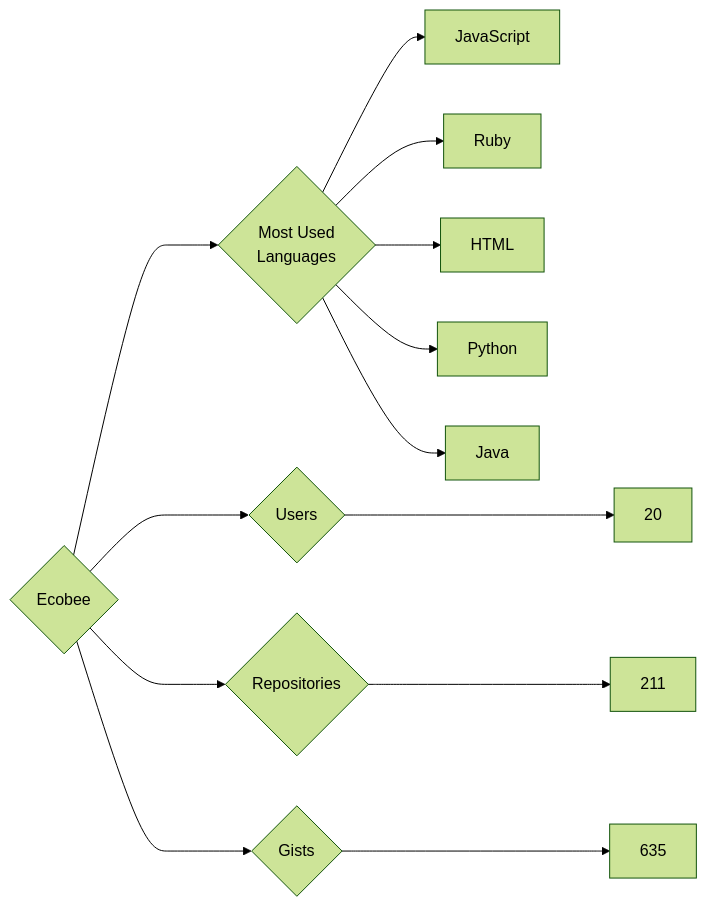
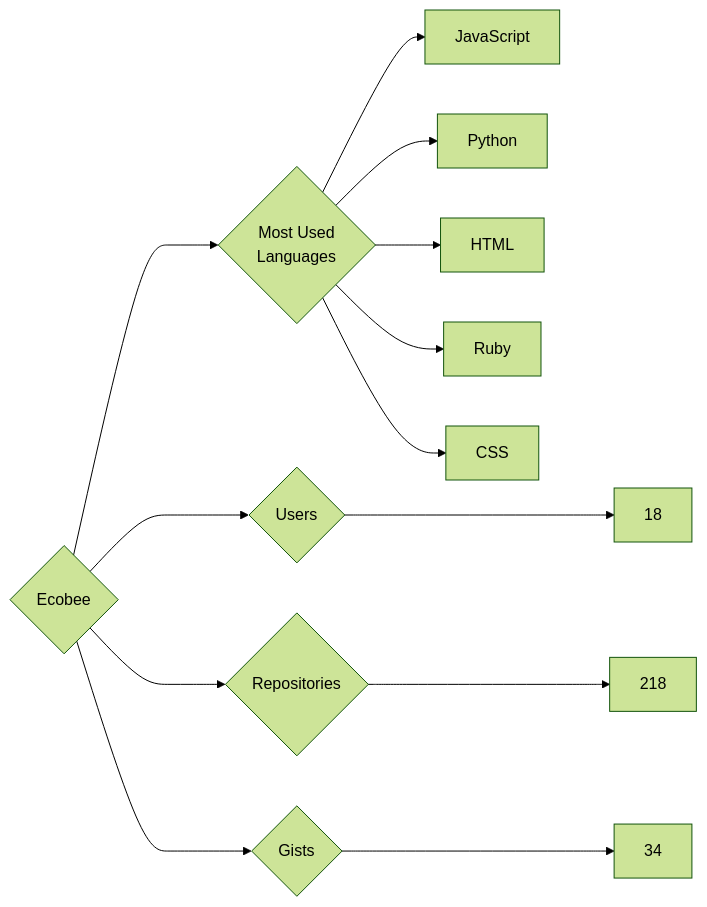
The diagram in targets/Ecobee/README.md (trickest/insiders), drawn with Mermaid (forest theme) before and after one commit. The commit also changed 924 other files, not shown here.

````diff
--- a/targets/Ecobee/README.md
+++ b/targets/Ecobee/README.md
@@ -3,13 +3,13 @@
 ```mermaid
 graph LR
 COMPANY_NAME{Ecobee}
-COMPANY_NAME ---> U{Users} ---> UN[20]
-COMPANY_NAME ---> R{Repositories} ---> RN[211]
-COMPANY_NAME ---> G{Gists} ---> GN[635]
+COMPANY_NAME ---> U{Users} ---> UN[18]
+COMPANY_NAME ---> R{Repositories} ---> RN[218]
+COMPANY_NAME ---> G{Gists} ---> GN[34]
 COMPANY_NAME ---> ML{Most Used<br>Languages}
 ML --> JavaScript[JavaScript]
+ML --> Python[Python]
+ML --> HTML[HTML]
 ML --> Ruby[Ruby]
-ML --> HTML[HTML]
-ML --> Python[Python]
-ML --> Java[Java]
+ML --> CSS[CSS]
 ```
````
